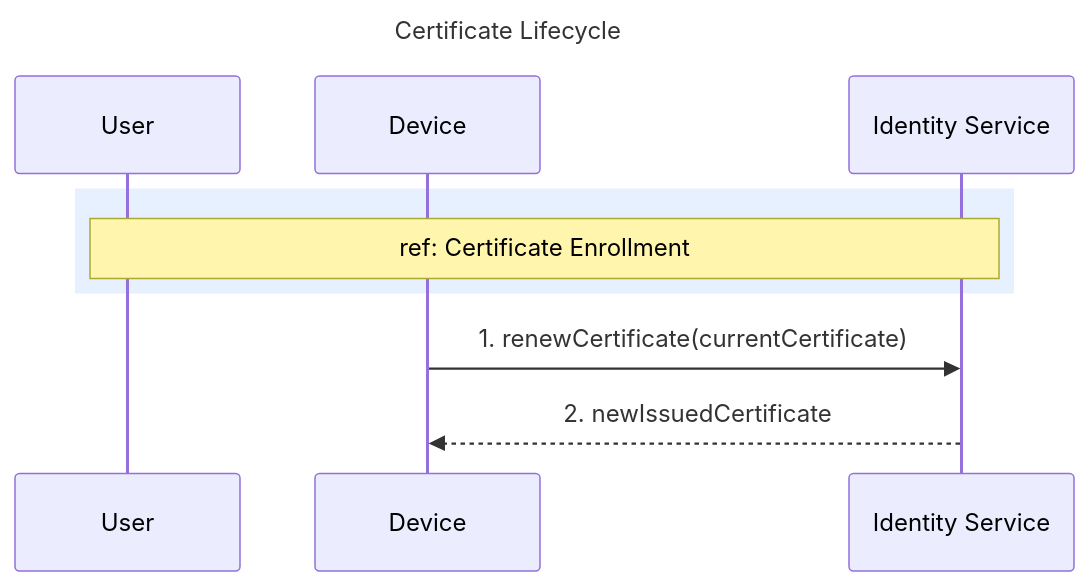
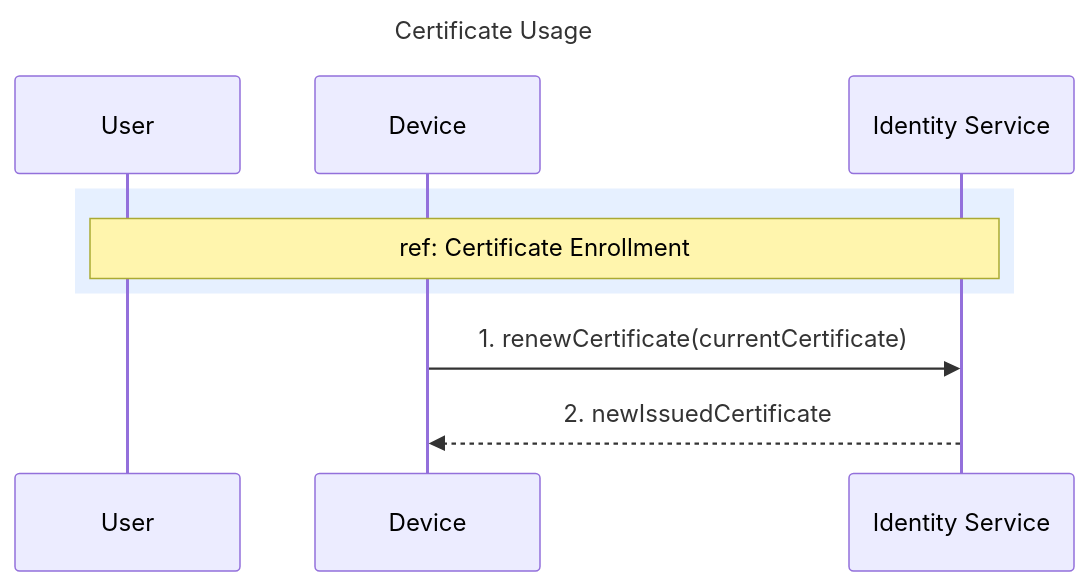
Before and after one commit to diogocerqueiralima/vehicle-tracker: the second of 2 diagrams in docs/device/authentication/certificate-lifecycle.md, drawn with Mermaid. The commit also changed 1 other file, not shown here.

Commit message:
Apply suggestions from code review

````diff
--- a/docs/device/authentication/certificate-lifecycle.md
+++ b/docs/device/authentication/certificate-lifecycle.md
@@ -58,15 +58,15 @@
 ```mermaid
 sequenceDiagram
-    title Certificate Lifecycle
+    title Certificate Usage
 
     participant User
     participant Device
     participant IdentityService as Identity Service
 
     rect rgb(230, 240, 255)
         note over User, IdentityService: ref: Certificate Enrollment
     end
 
     Device->>IdentityService: 1. renewCertificate(currentCertificate)
     IdentityService-->>Device: 2. newIssuedCertificate
 ```
````
